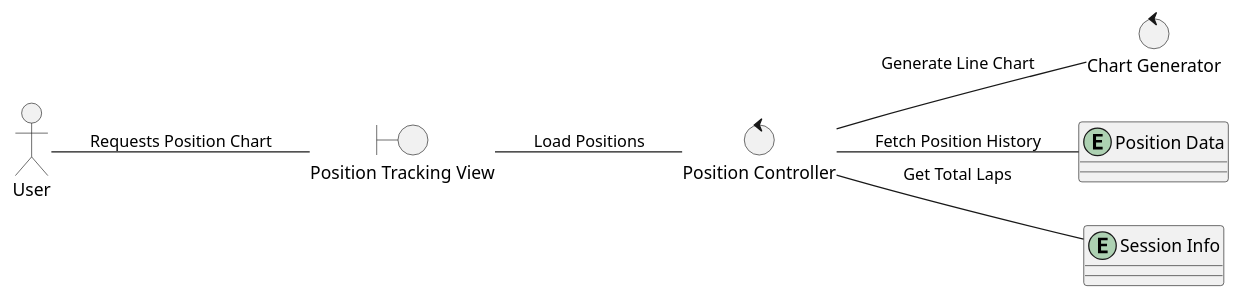
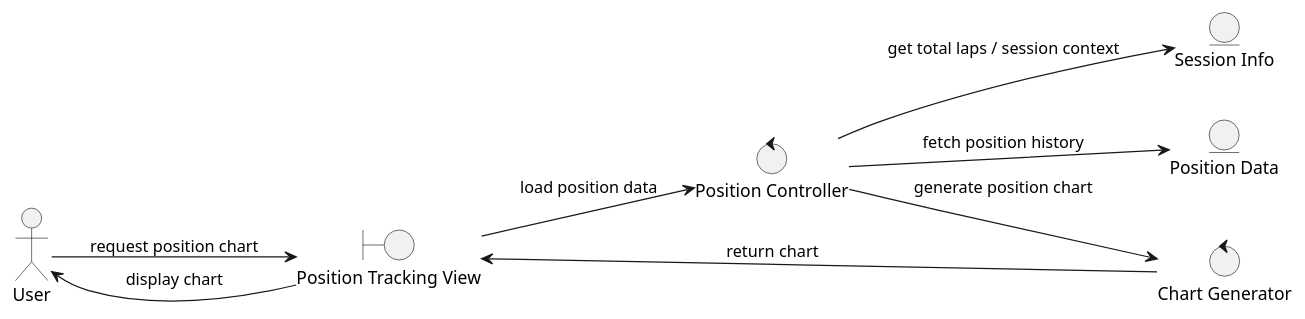
Before and after one commit to AB0204/Team_OOAD23: the diagram in Analysis/View_Position_Over_Laps.puml, drawn with PlantUML.

```diff
--- a/Analysis/View_Position_Over_Laps.puml
+++ b/Analysis/View_Position_Over_Laps.puml
@@ -1,18 +1,21 @@
 @startuml
 left to right direction
 skinparam backgroundColor white
-allow_mixing
 
-actor User
+actor "User" as User
+
 boundary "Position Tracking View" as GUI
 control "Position Controller" as CTRL
 control "Chart Generator" as CHART
+entity "Session Info" as SESSION
 entity "Position Data" as POS
-entity "Session Info" as SESSION
 
-User -- GUI : Requests Position Chart
-GUI -- CTRL : Load Positions
-CTRL -- SESSION : Get Total Laps
-CTRL -- POS : Fetch Position History
-CTRL -- CHART : Generate Line Chart
+User --> GUI : request position chart
+GUI --> CTRL : load position data
+
+CTRL --> SESSION : get total laps / session context
+CTRL --> POS : fetch position history
+CTRL --> CHART : generate position chart
+CHART --> GUI : return chart
+GUI --> User : display chart
 @enduml
```
